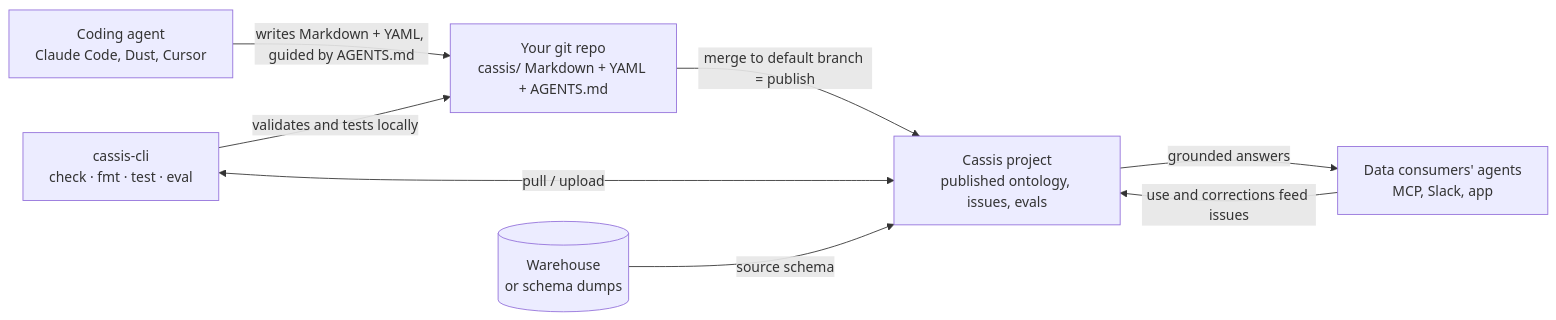
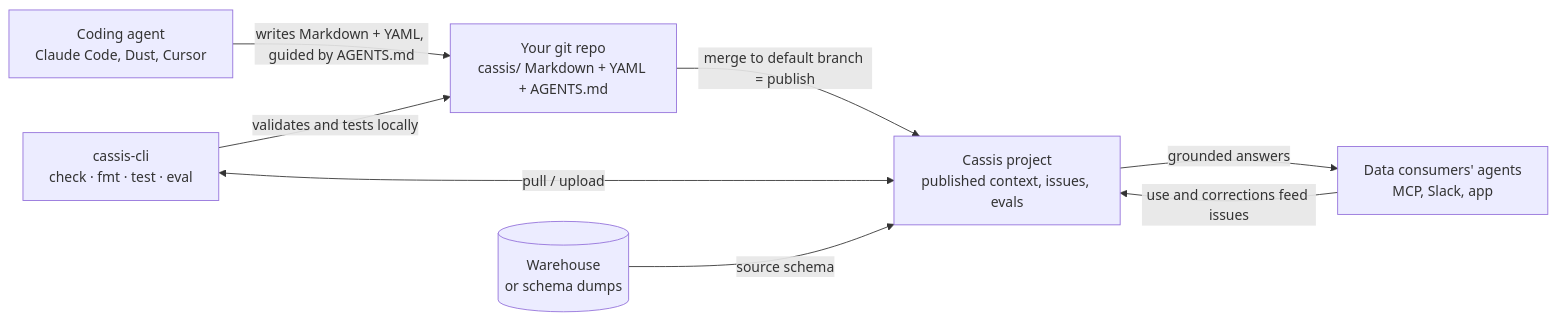
The diagram in skills/cassis-ontology-authoring/README.md (GetCassis/skills), drawn with Mermaid before and after one commit. The commit also changed other lines of this file and 5 other files, not shown here.

````diff
--- a/skills/cassis-ontology-authoring/README.md
+++ b/skills/cassis-ontology-authoring/README.md
@@ -15,17 +15,17 @@
 ```mermaid
 flowchart LR
     agent["Coding agent<br/>Claude Code, Dust, Cursor"]
     repo["Your git repo<br/>cassis/ Markdown + YAML + AGENTS.md"]
     cli["cassis-cli<br/>check · fmt · test · eval"]
-    cassis["Cassis project<br/>published ontology, issues, evals"]
+    cassis["Cassis project<br/>published context, issues, evals"]
     wh[("Warehouse<br/>or schema dumps")]
     users["Data consumers' agents<br/>MCP, Slack, app"]
 
     agent -->|"writes Markdown + YAML, guided by AGENTS.md"| repo
     cli -->|"validates and tests locally"| repo
     repo -->|"merge to default branch = publish"| cassis
     cli <-->|"pull / upload"| cassis
     wh -->|"source schema"| cassis
     cassis -->|"grounded answers"| users
     users -->|"use and corrections feed issues"| cassis
 ```
````
